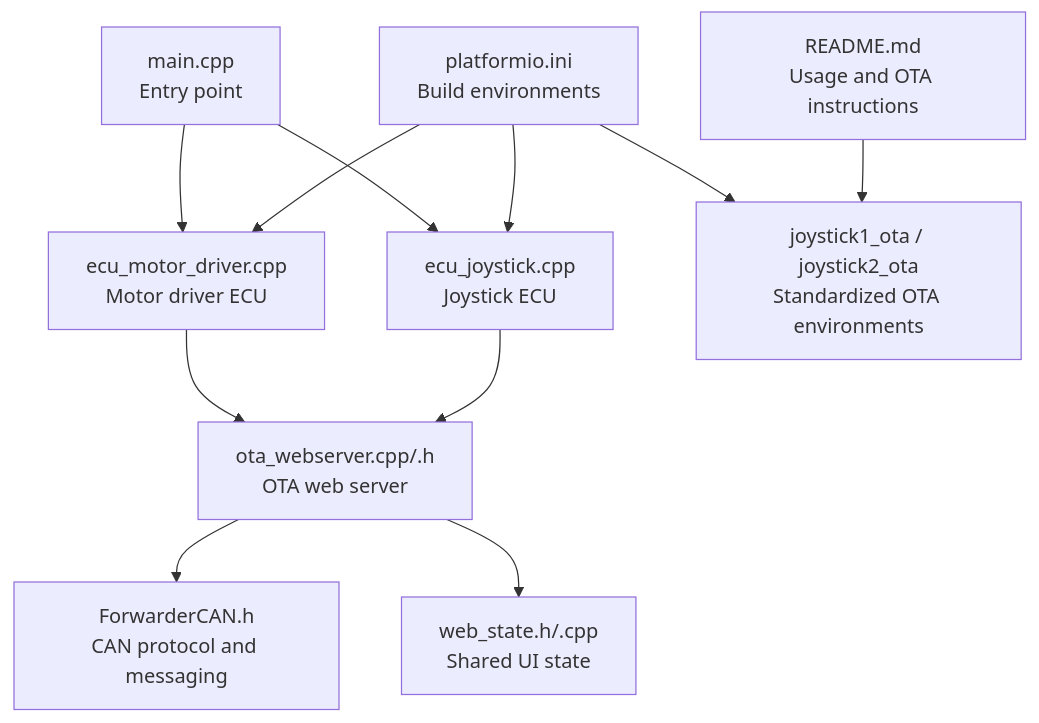
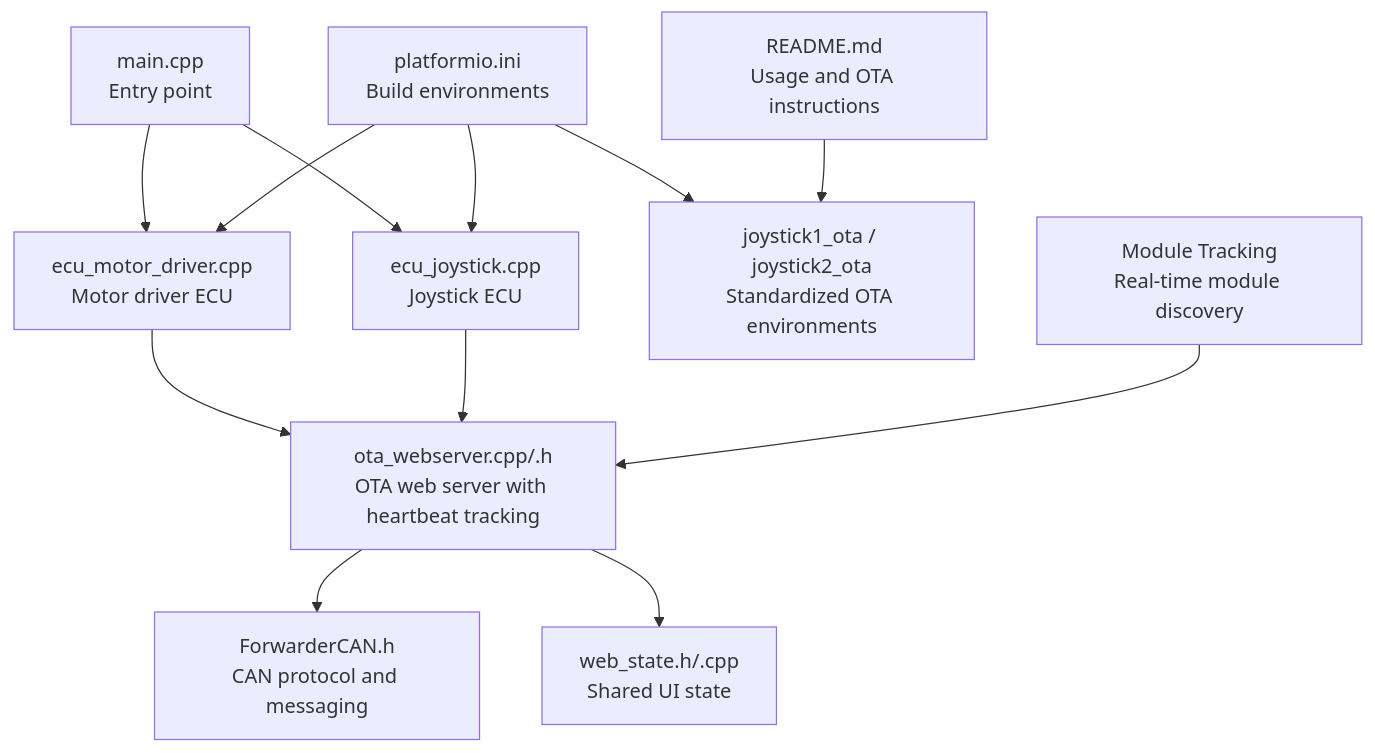
One commit to gunicsba/ESP_CAN_ECU_joystick_collection changed the first of 9 diagrams in .qoder/repowiki/en/content/OTA Firmware Updates/OTA Firmware Updates.md. Above: the diagram before and after it, drawn with Mermaid. The commit also changed other lines of this file and 11 other files, not shown here.

````diff
--- a/.qoder/repowiki/en/content/OTA Firmware Updates/OTA Firmware Updates.md
+++ b/.qoder/repowiki/en/content/OTA Firmware Updates/OTA Firmware Updates.md
@@ -48,13 +49,14 @@
 ```mermaid
 graph TB
 A["main.cpp<br/>Entry point"] --> B["ecu_motor_driver.cpp<br/>Motor driver ECU"]
 A --> C["ecu_joystick.cpp<br/>Joystick ECU"]
-B --> D["ota_webserver.cpp/.h<br/>OTA web server"]
+B --> D["ota_webserver.cpp/.h<br/>OTA web server with heartbeat tracking"]
 C --> D
 D --> E["ForwarderCAN.h<br/>CAN protocol and messaging"]
 D --> F["web_state.h/.cpp<br/>Shared UI state"]
 G["platformio.ini<br/>Build environments"] --> B
 G --> C
 G --> H["joystick1_ota / joystick2_ota<br/>Standardized OTA environments"]
 I["README.md<br/>Usage and OTA instructions"] --> H
+J["Module Tracking<br/>Real-time module discovery"] --> D
 ```
````
